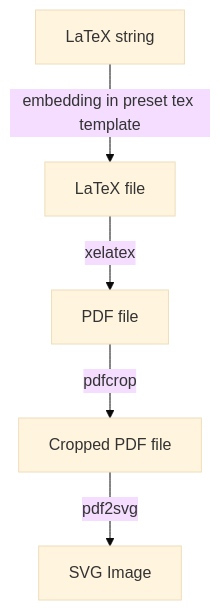
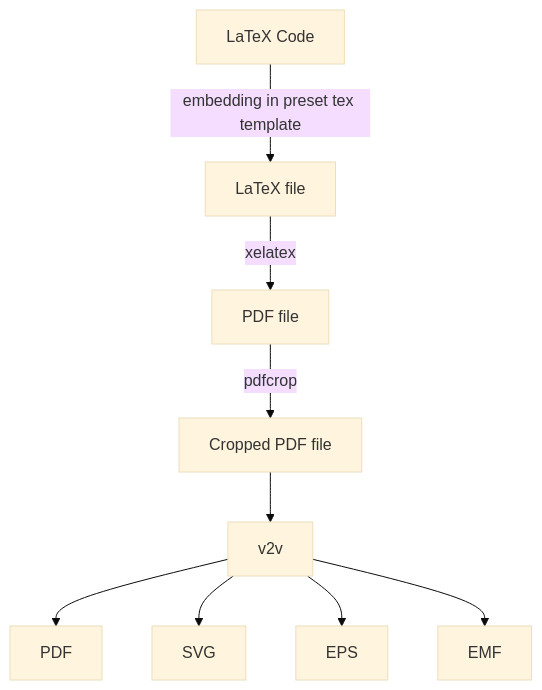
Before and after one commit to Jordan-Haidee/LaTeX2SVG: the diagram in README.md, drawn with Mermaid (base theme). The commit also changed other lines of this file and 9 other files, not shown here.

````diff
--- a/README.md
+++ b/README.md
@@ -13,7 +26,12 @@
 ```mermaid
 graph TD;
-    A[LaTeX string]-->|embedding in preset tex template|B[LaTeX file];
-    B-->|xelatex|C[PDF file]
-    C-->|pdfcrop|D[Cropped PDF file]
-    D-->|pdf2svg|E[SVG Image]
+A[LaTeX Code]-->|embedding in preset tex template|B[LaTeX file];
+B-->|xelatex|C[PDF file]
+C-->|pdfcrop|D[Cropped PDF file]
+D-->E[v2v]
+E-->PDF
+E-->SVG
+E-->EPS
+E-->EMF
+
 ```
````
